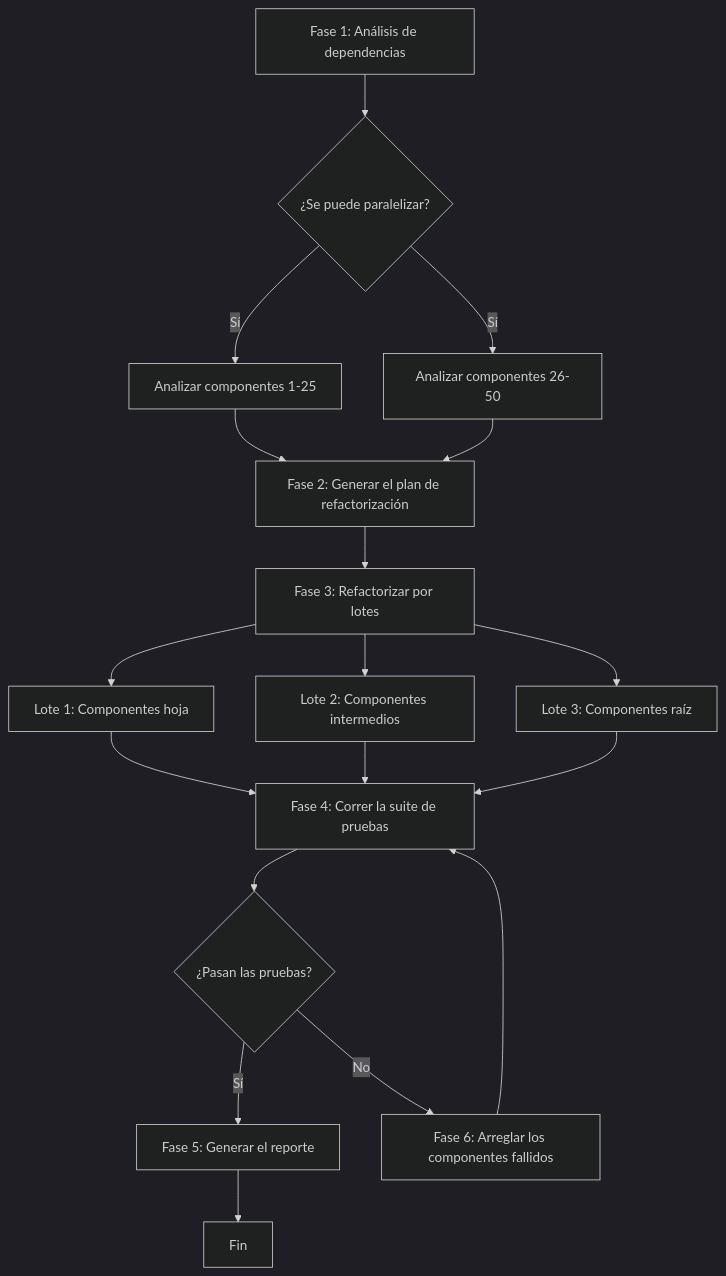
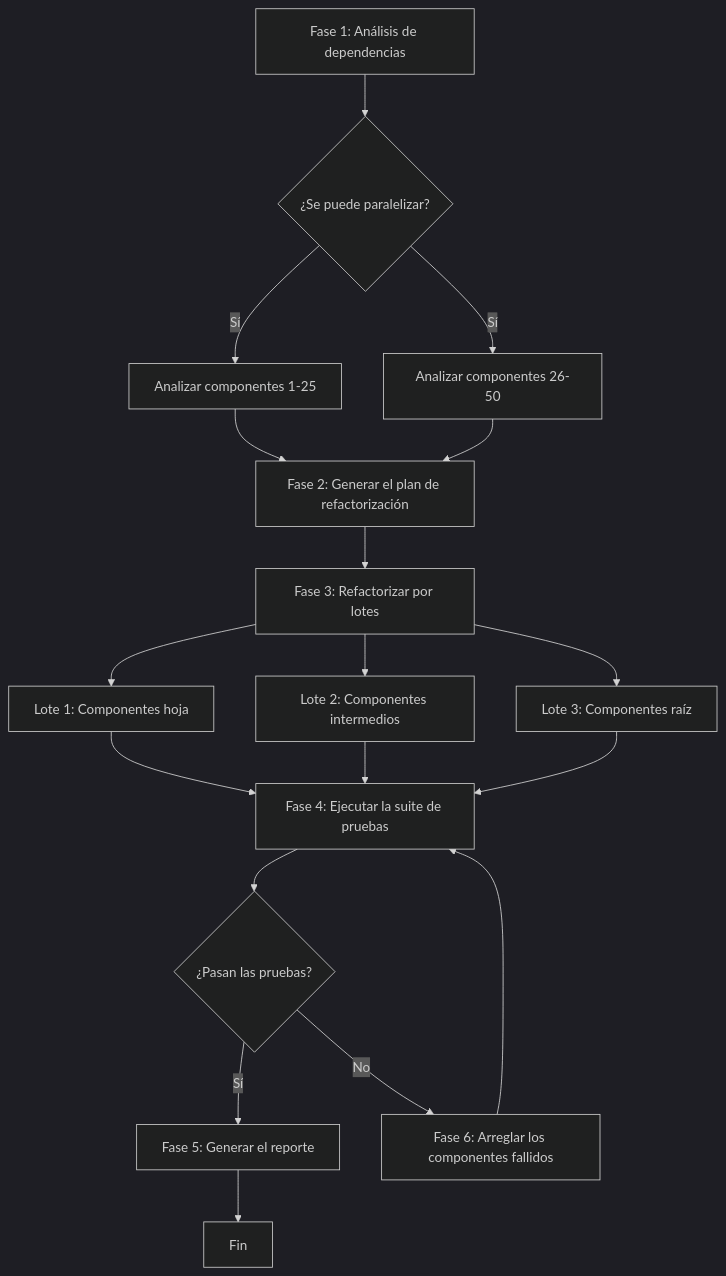
One commit to fancydirty/learn-agent-engineering changed the diagram in courses/learn-agent-workflows/es/06-real-world-workflows.md. Above: the diagram before and after it, drawn with Mermaid (dark theme). The commit also changed other lines of this file and 25 other files, not shown here.

````diff
--- a/courses/learn-agent-workflows/es/06-real-world-workflows.md
+++ b/courses/learn-agent-workflows/es/06-real-world-workflows.md
@@ -41,20 +41,20 @@
 ```mermaid
 graph TD
     A[Fase 1: Análisis de dependencias] --> B{¿Se puede paralelizar?}
     B -->|Sí| C[Analizar componentes 1-25]
     B -->|Sí| D[Analizar componentes 26-50]
     C --> E[Fase 2: Generar el plan de refactorización]
     D --> E
     E --> F[Fase 3: Refactorizar por lotes]
     F --> G[Lote 1: Componentes hoja]
     F --> H[Lote 2: Componentes intermedios]
     F --> I[Lote 3: Componentes raíz]
-    G --> J[Fase 4: Correr la suite de pruebas]
+    G --> J[Fase 4: Ejecutar la suite de pruebas]
     H --> J
     I --> J
     J --> K{¿Pasan las pruebas?}
     K -->|Sí| L[Fase 5: Generar el reporte]
     K -->|No| M[Fase 6: Arreglar los componentes fallidos]
     M --> J
     L --> N[Fin]
 ```
````
